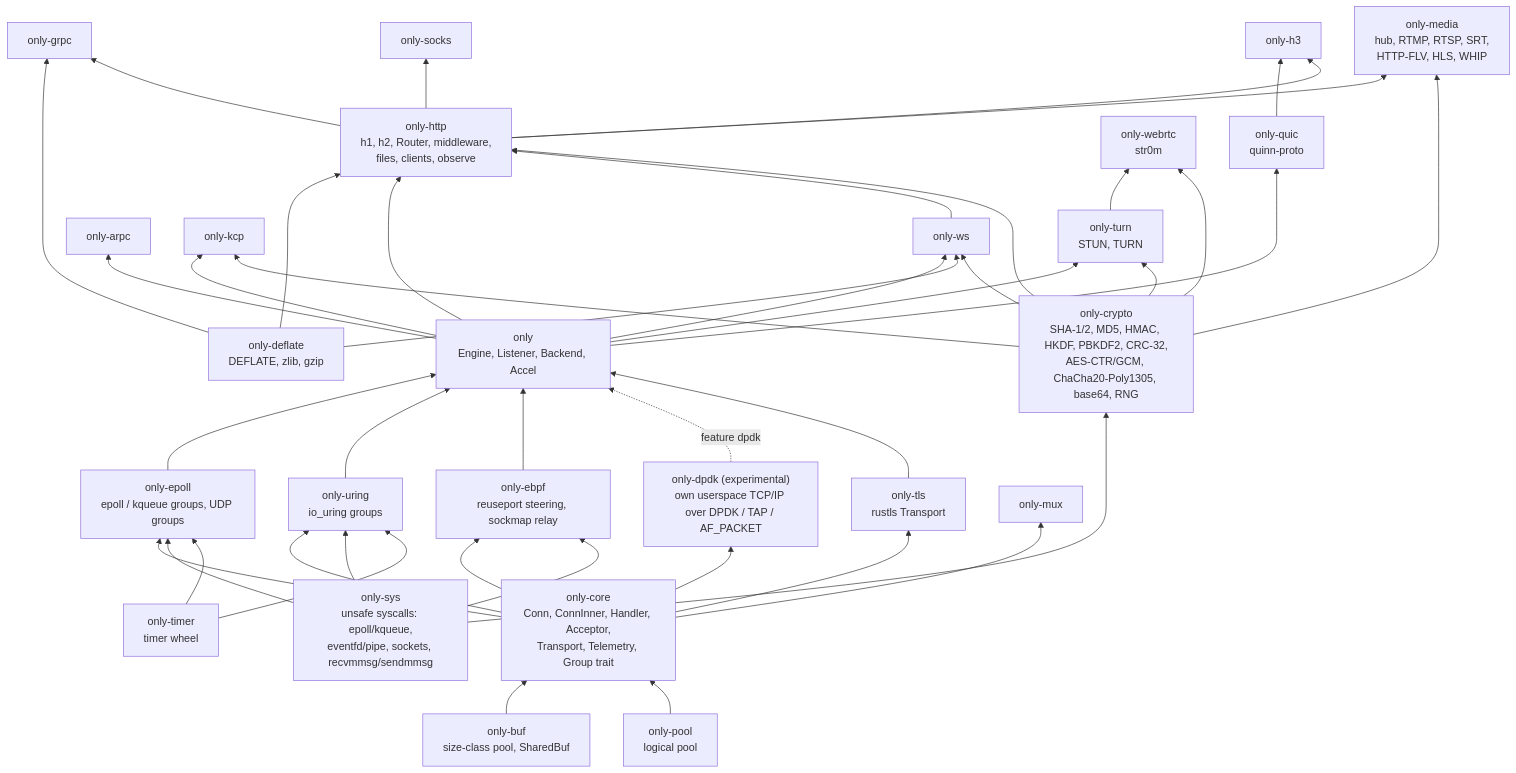
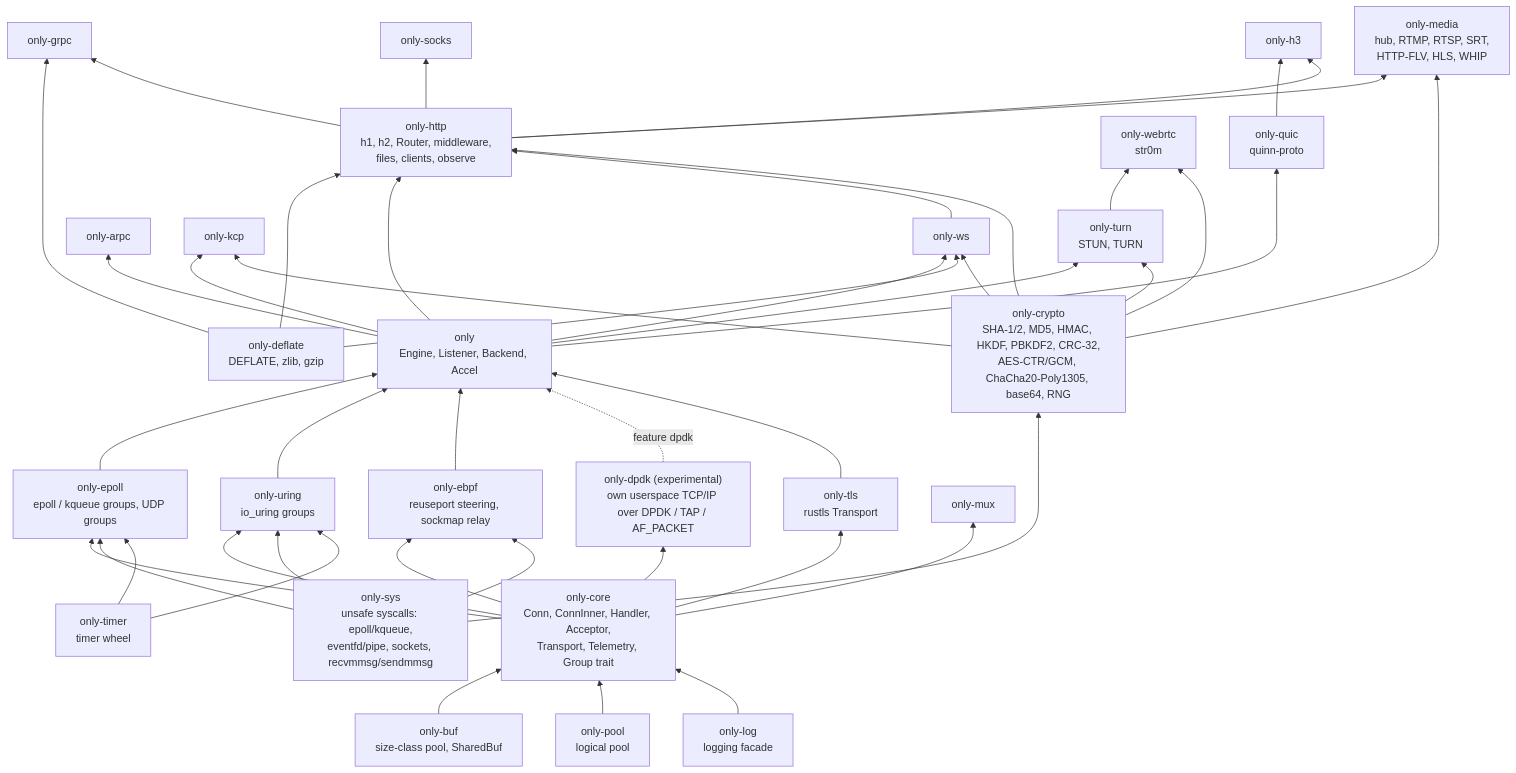
The first of 6 diagrams in docs/architecture.md (lesismal/akio), drawn with Mermaid before and after one commit. The commit also changed 59 other files, not shown here.

First line of the commit message:
feat!: only-log, own logging facade replacing log (DEV-PLAN wave B)

````diff
--- a/docs/architecture.md
+++ b/docs/architecture.md
@@ -13,70 +13,72 @@
 ```mermaid
 flowchart BT
     sys["only-sys<br/>unsafe syscalls: epoll/kqueue,<br/>eventfd/pipe, sockets, recvmmsg/sendmmsg"]
     crypto["only-crypto<br/>SHA-1/2, MD5, HMAC, HKDF, PBKDF2, CRC-32,<br/>AES-CTR/GCM, ChaCha20-Poly1305, base64, RNG"]
     buf["only-buf<br/>size-class pool, SharedBuf"]
     timer["only-timer<br/>timer wheel"]
     deflate["only-deflate<br/>DEFLATE, zlib, gzip"]
+    logc["only-log<br/>logging facade"]
     pool["only-pool<br/>logical pool"]
     core["only-core<br/>Conn, ConnInner, Handler, Acceptor,<br/>Transport, Telemetry, Group trait"]
     epoll["only-epoll<br/>epoll / kqueue groups, UDP groups"]
     uring["only-uring<br/>io_uring groups"]
     ebpf["only-ebpf<br/>reuseport steering, sockmap relay"]
     dpdk["only-dpdk (experimental)<br/>own userspace TCP/IP over DPDK / TAP / AF_PACKET"]
     tls["only-tls<br/>rustls Transport"]
     facade["only<br/>Engine, Listener, Backend, Accel"]
     http["only-http<br/>h1, h2, Router, middleware,<br/>files, clients, observe"]
     ws[only-ws]
     grpc[only-grpc]
     arpc[only-arpc]
     socks[only-socks]
     mux[only-mux]
     quic["only-quic<br/>quinn-proto"]
     h3[only-h3]
     kcp[only-kcp]
     turn["only-turn<br/>STUN, TURN"]
     webrtc["only-webrtc<br/>str0m"]
     media["only-media<br/>hub, RTMP, RTSP, SRT,<br/>HTTP-FLV, HLS, WHIP"]
 
     buf --> core
     pool --> core
+    logc --> core
     core --> epoll
     sys --> epoll
     timer --> epoll
     core --> uring
     sys --> uring
     timer --> uring
     core --> ebpf
     core --> dpdk
     sys --> ebpf
     core --> tls
     epoll --> facade
     uring --> facade
     ebpf --> facade
     dpdk -.->|feature dpdk| facade
     tls --> facade
     facade --> ws
     deflate --> ws
     deflate --> http
     deflate --> grpc
     facade --> http
     ws --> http
     http --> grpc
     facade --> arpc
     http --> socks
     core --> mux
     facade --> quic
     quic --> h3
     http --> h3
     facade --> kcp
     facade --> turn
     turn --> webrtc
     http --> media
     sys --> crypto
     crypto --> ws
     crypto --> http
     crypto --> kcp
     crypto --> turn
     crypto --> webrtc
     crypto --> media
 ```
````
